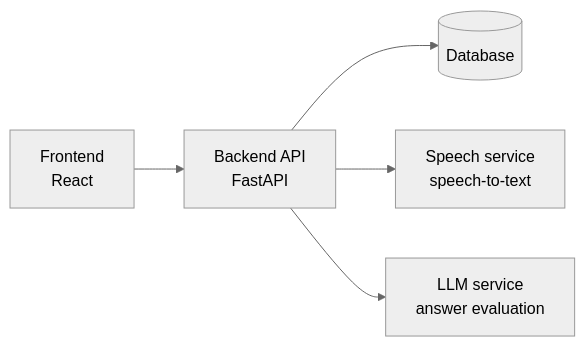
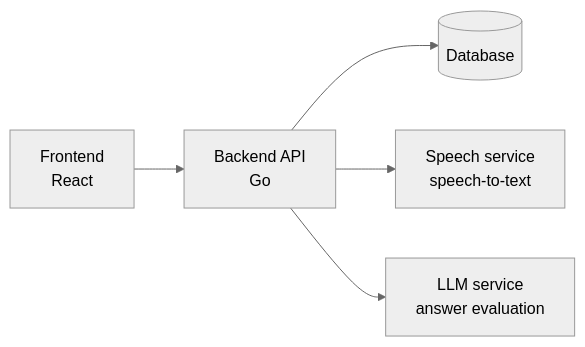
The diagram in diagrams/src/components.mmd (ETairkhan/diplomka), drawn with Mermaid (neutral theme) before and after one commit. The commit also changed 28 other files, not shown here.

```diff
--- a/diagrams/src/components.mmd
+++ b/diagrams/src/components.mmd
@@ -1,5 +1,5 @@
 flowchart LR
-    FE[Frontend<br/>React] --> BE[Backend API<br/>FastAPI]
+    FE[Frontend<br/>React] --> BE[Backend API<br/>Go]
     BE --> DB[(Database)]
     BE --> STT[Speech service<br/>speech-to-text]
     BE --> LLM[LLM service<br/>answer evaluation]
```
